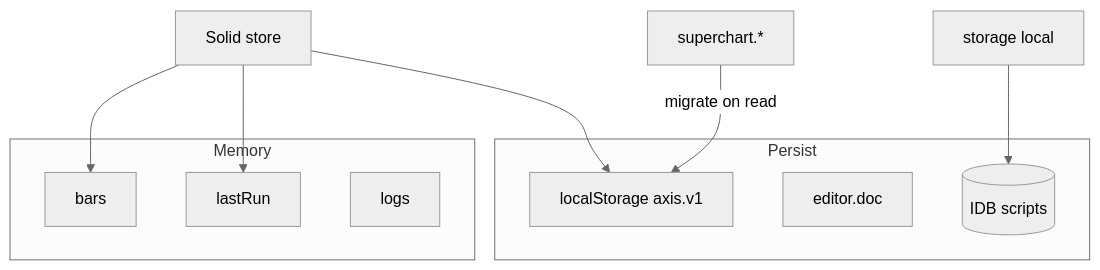
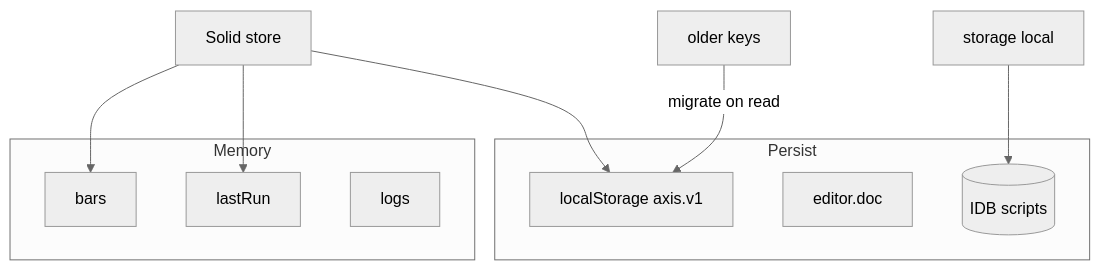
Before and after one commit to hoox-sh/axis: the diagram in docs/architecture/state-namespaces.mdx, drawn with Mermaid (neutral theme). The commit also changed other lines of this file and 55 other files, not shown here.

````diff
--- a/docs/architecture/state-namespaces.mdx
+++ b/docs/architecture/state-namespaces.mdx
@@ -50,18 +50,18 @@
 ```mermaid
 flowchart TB
   subgraph Persist
     LS[localStorage axis.v1]
     ED[editor.doc]
     IDB[(IDB scripts)]
   end
   subgraph Memory
     BARS[bars]
     LR[lastRun]
     LOGS[logs]
   end
   UI[Solid store] --> LS
   UI --> BARS
   UI --> LR
   LIB[storage local] --> IDB
-  LEG[superchart.*] -->|migrate on read| LS
+  LEG[older keys] -->|migrate on read| LS
 ```
````
